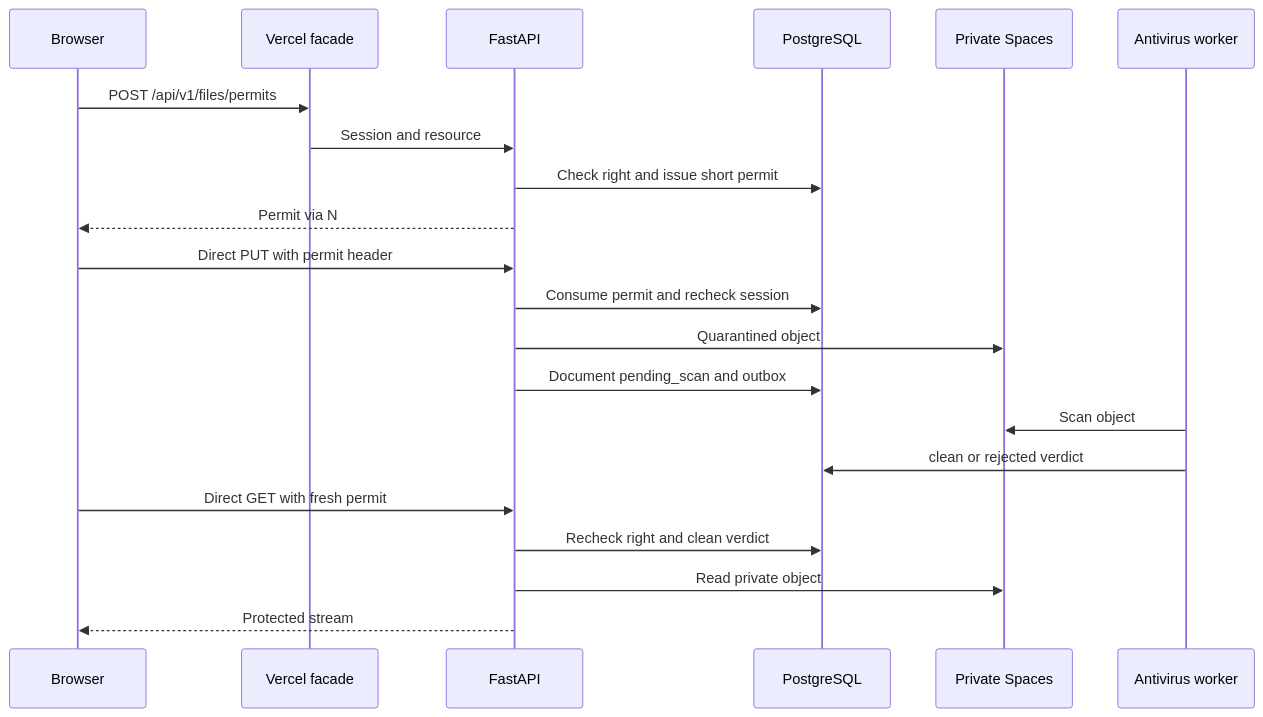
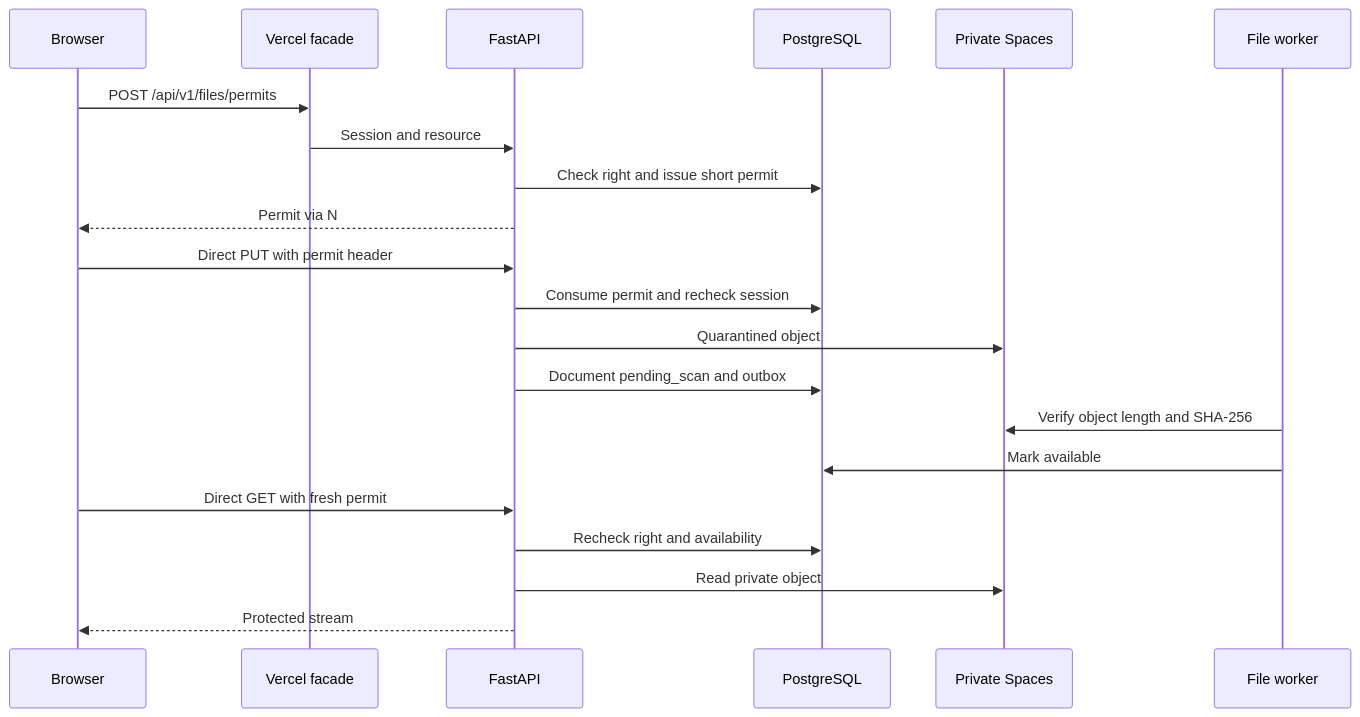
The fourth of 4 diagrams in docs/04-design/architecture.md (hive-vault-arc/Kay-crm), drawn with Mermaid before and after one commit. The commit also changed other lines of this file and 74 other files, not shown here.

````diff
--- a/docs/04-design/architecture.md
+++ b/docs/04-design/architecture.md
@@ -214,23 +214,23 @@
 ```mermaid
 sequenceDiagram
     participant B as Browser
     participant N as Vercel facade
     participant A as FastAPI
     participant P as PostgreSQL
     participant S as Private Spaces
-    participant W as Antivirus worker
+    participant W as File worker
     B->>N: POST /api/v1/files/permits
     N->>A: Session and resource
     A->>P: Check right and issue short permit
     A-->>B: Permit via N
     B->>A: Direct PUT with permit header
     A->>P: Consume permit and recheck session
     A->>S: Quarantined object
     A->>P: Document pending_scan and outbox
-    W->>S: Scan object
-    W->>P: clean or rejected verdict
+    W->>S: Verify object length and SHA-256
+    W->>P: Mark available
     B->>A: Direct GET with fresh permit
-    A->>P: Recheck right and clean verdict
+    A->>P: Recheck right and availability
     A->>S: Read private object
     A-->>B: Protected stream
 ```
````
